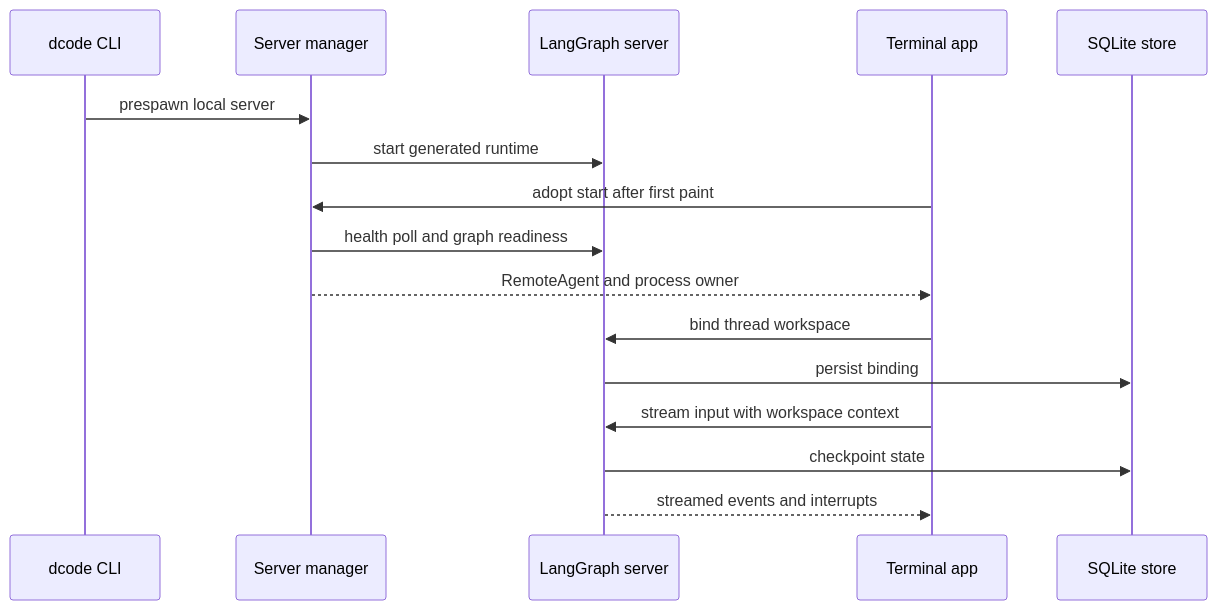
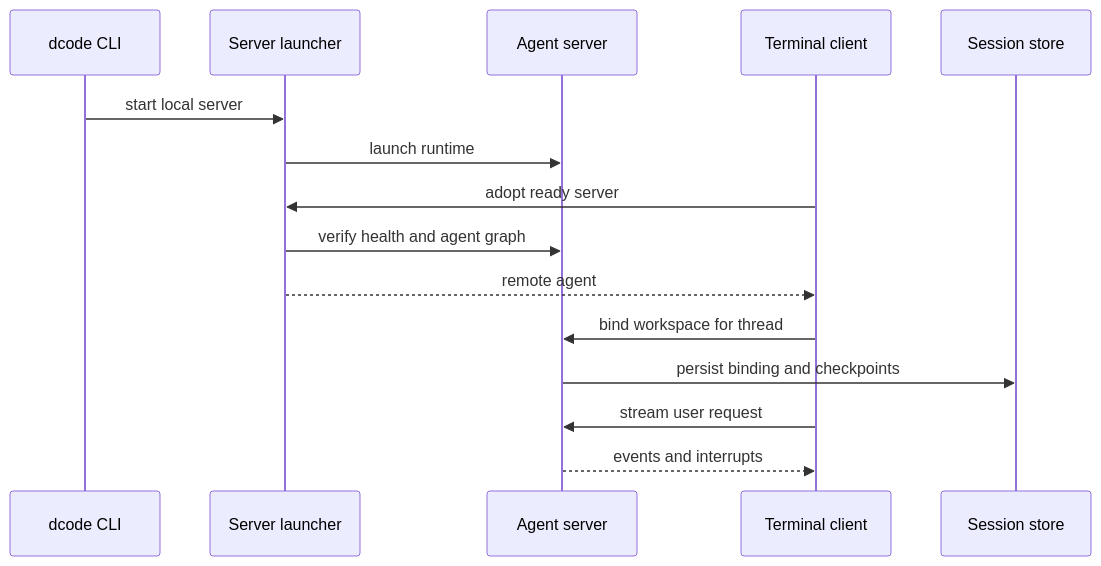
One commit to langchain-ai/deepagents changed the first of 2 diagrams in openwiki/architecture/code-agent.md. Above: the diagram before and after it, drawn with Mermaid. The commit also changed other lines of this file and 23 other files, not shown here.

````diff
--- a/openwiki/architecture/code-agent.md
+++ b/openwiki/architecture/code-agent.md
@@ -54,18 +58,17 @@
 ```mermaid
 sequenceDiagram
     participant CLI as dcode CLI
-    participant Launcher as Server manager
-    participant Server as LangGraph server
-    participant App as Terminal app
-    participant Store as SQLite store
-    CLI->>Launcher: prespawn local server
-    Launcher->>Server: start generated runtime
-    App->>Launcher: adopt start after first paint
-    Launcher->>Server: health poll and graph readiness
-    Launcher-->>App: RemoteAgent and process owner
-    App->>Server: bind thread workspace
-    Server->>Store: persist binding
-    App->>Server: stream input with workspace context
-    Server->>Store: checkpoint state
-    Server-->>App: streamed events and interrupts
+    participant Launcher as Server launcher
+    participant Server as Agent server
+    participant Terminal as Terminal client
+    participant Store as Session store
+    CLI->>Launcher: start local server
+    Launcher->>Server: launch runtime
+    Terminal->>Launcher: adopt ready server
+    Launcher->>Server: verify health and agent graph
+    Launcher-->>Terminal: remote agent
+    Terminal->>Server: bind workspace for thread
+    Server->>Store: persist binding and checkpoints
+    Terminal->>Server: stream user request
+    Server-->>Terminal: events and interrupts
 ```
````
